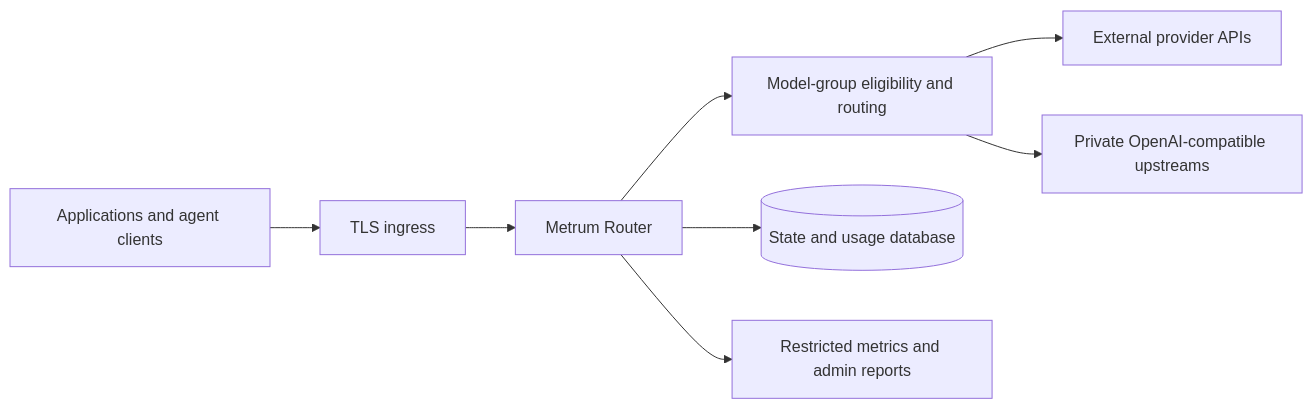
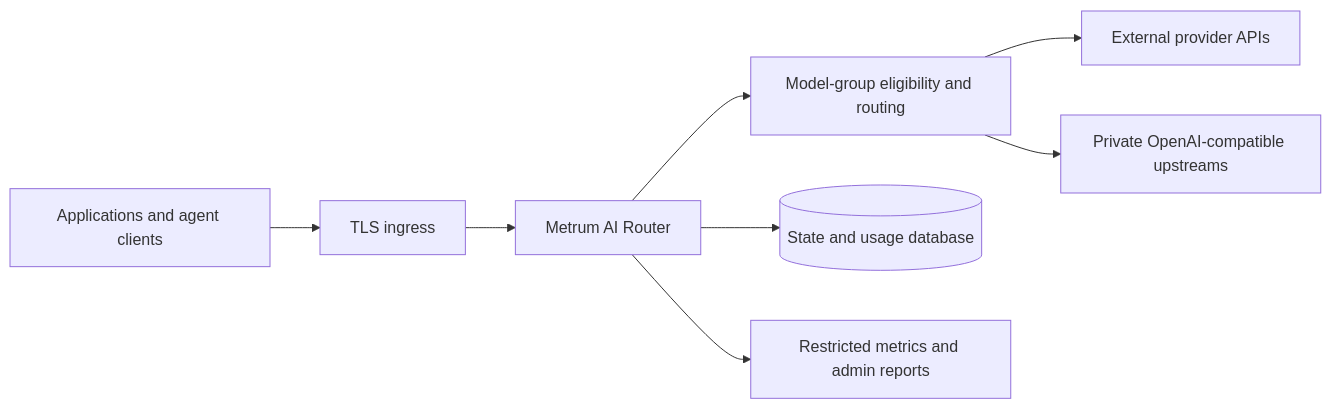
The diagram in docs-site/docs/reference/architecture-limitations.md (Metrum-AI-Products/genai-smart-router), drawn with Mermaid before and after one commit. The commit also changed other lines of this file and 52 other files, not shown here.

````diff
--- a/docs-site/docs/reference/architecture-limitations.md
+++ b/docs-site/docs/reference/architecture-limitations.md
@@ -11,10 +11,10 @@
 ```mermaid
 flowchart LR
   Client[Applications and agent clients] --> Ingress[TLS ingress]
-  Ingress --> Router[Metrum Router]
+  Ingress --> Router[Metrum AI Router]
   Router --> Policy[Model-group eligibility and routing]
   Policy --> Provider[External provider APIs]
   Policy --> Private[Private OpenAI-compatible upstreams]
   Router --> State[(State and usage database)]
   Router --> Ops[Restricted metrics and admin reports]
 ```
````
